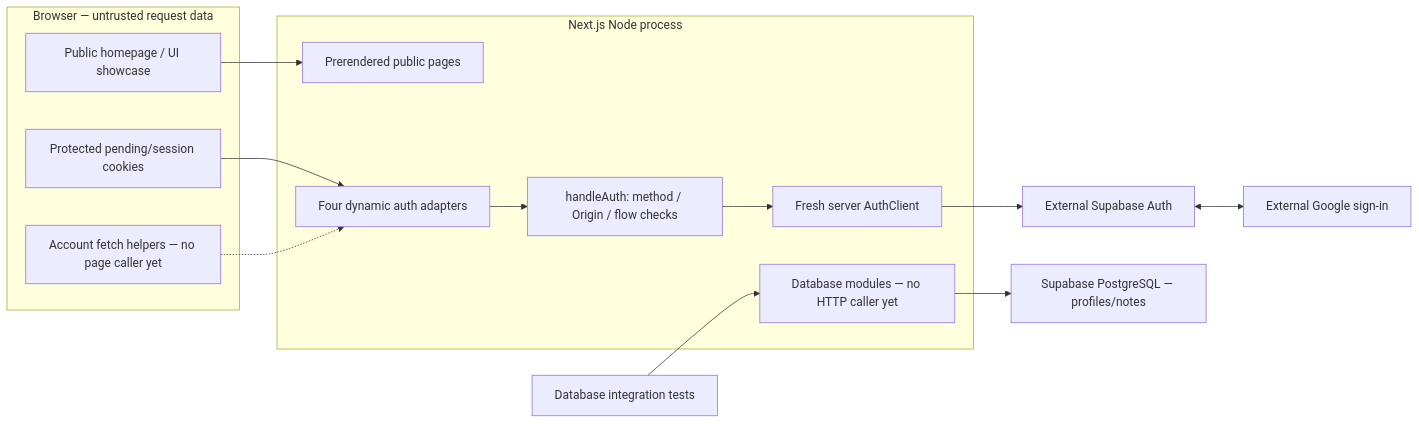
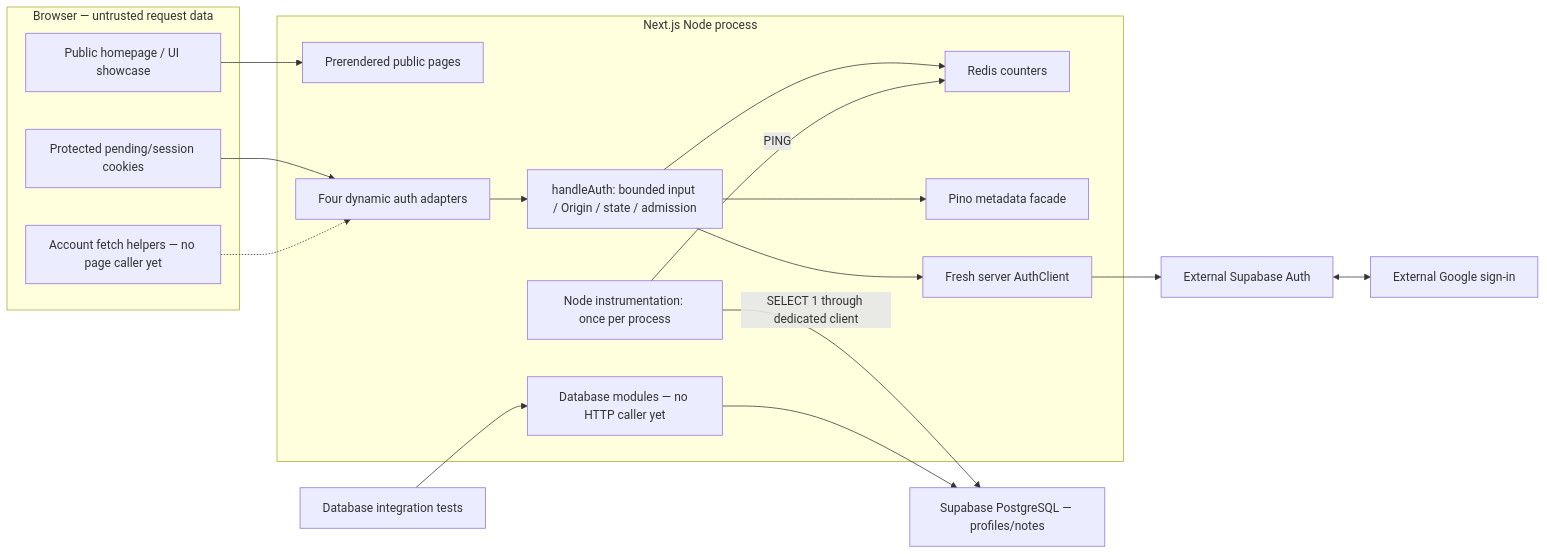
One commit to yuvrajsatyapal/MindMora changed the first of 3 diagrams in ARCHITECTURE.md. Above: the diagram before and after it, drawn with Mermaid. The commit also changed other lines of this file and 56 other files, not shown here.

Commit message:
feat: add HTTP guards, Redis rate limits, safe logging and startup checks; update docs

````diff
--- a/ARCHITECTURE.md
+++ b/ARCHITECTURE.md
@@ -14,23 +14,30 @@
 ```mermaid
 flowchart LR
   subgraph Browser["Browser — untrusted request data"]
     UI["Public homepage / UI showcase"]
     Cookie["Protected pending/session cookies"]
     Helper["Account fetch helpers — no page caller yet"]
   end
   subgraph Node["Next.js Node process"]
     Public["Prerendered public pages"]
+    Startup["Node instrumentation: once per process"]
     Routes["Four dynamic auth adapters"]
-    Policy["handleAuth: method / Origin / flow checks"]
+    Policy["handleAuth: bounded input / Origin / state / admission"]
+    Redis["Redis counters"]
+    Log["Pino metadata facade"]
     SDK["Fresh server AuthClient"]
     DBCode["Database modules — no HTTP caller yet"]
   end
   UI --> Public
   Cookie --> Routes
   Helper -.-> Routes
   Routes --> Policy --> SDK
+  Policy --> Redis
+  Policy --> Log
   SDK --> Auth["External Supabase Auth"]
   Auth <--> Google["External Google sign-in"]
+  Startup -->|PING| Redis
+  Startup -->|SELECT 1 through dedicated client| PG
   Tests["Database integration tests"] --> DBCode
   DBCode --> PG["Supabase PostgreSQL — profiles/notes"]
 ```
````
